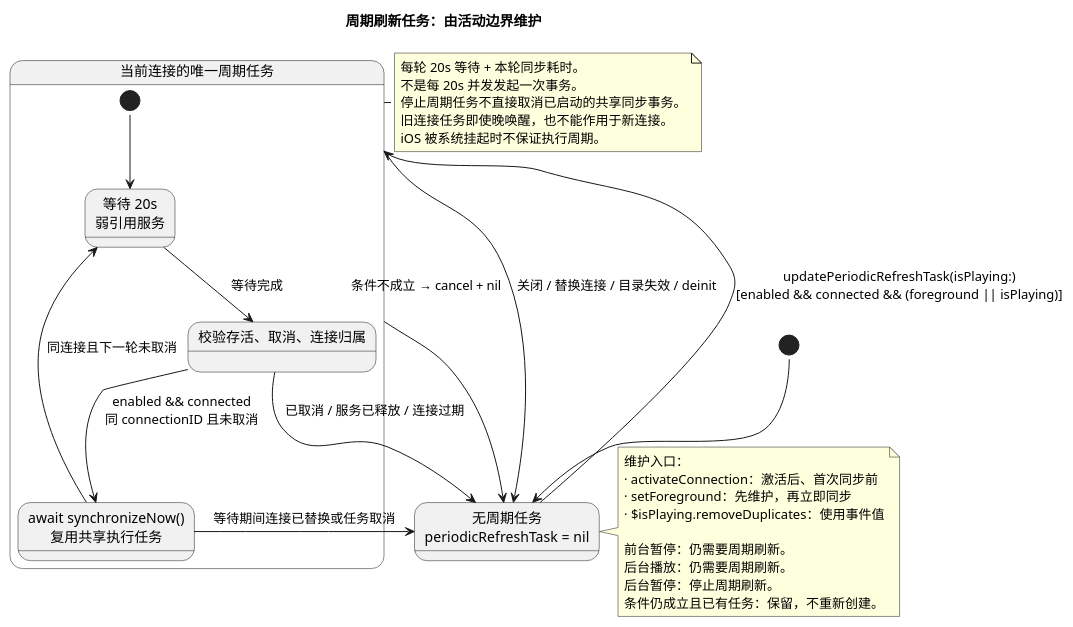
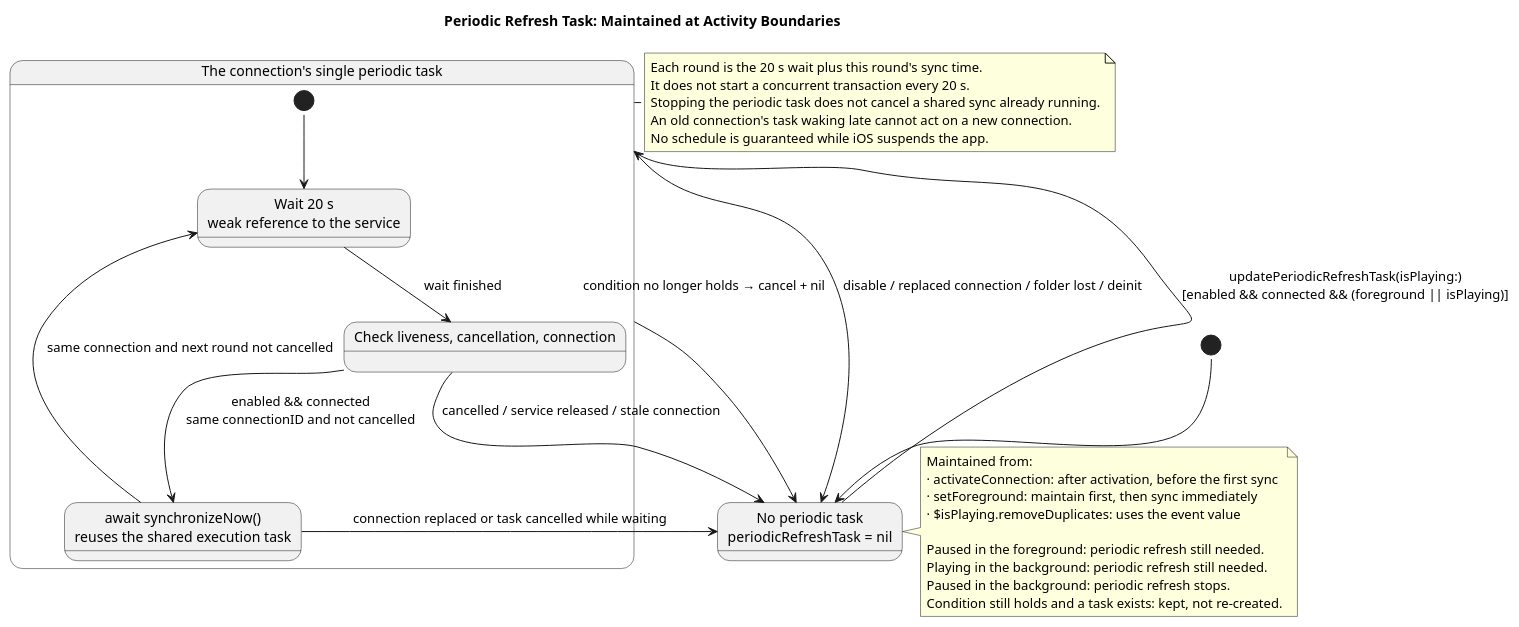
One commit to Aut-B/kumone changed the diagram in docs/icloud-sync/periodic-refresh.puml. Above: the diagram before and after it, drawn with PlantUML. The commit also changed 15 other files, not shown here.

Commit message:
docs(sync): translate sync diagrams to English

```diff
--- a/docs/icloud-sync/periodic-refresh.puml
+++ b/docs/icloud-sync/periodic-refresh.puml
@@ -1,43 +1,43 @@
 @startuml periodic-refresh
 !pragma layout smetana
-skinparam defaultFontName PingFang SC
+skinparam defaultFontName Helvetica
 skinparam shadowing false
-title 周期刷新任务：由活动边界维护
+title Periodic Refresh Task: Maintained at Activity Boundaries
 
-state "无周期任务\nperiodicRefreshTask = nil" as Stopped
-state "当前连接的唯一周期任务" as Active {
-  state "等待 20s\n弱引用服务" as Sleeping
-  state "校验存活、取消、连接归属" as Check
-  state "await synchronizeNow()\n复用共享执行任务" as Syncing
+state "No periodic task\nperiodicRefreshTask = nil" as Stopped
+state "The connection's single periodic task" as Active {
+  state "Wait 20 s\nweak reference to the service" as Sleeping
+  state "Check liveness, cancellation, connection" as Check
+  state "await synchronizeNow()\nreuses the shared execution task" as Syncing
   [*] --> Sleeping
-  Sleeping --> Check : 等待完成
-  Check --> Syncing : enabled && connected\n同 connectionID 且未取消
-  Syncing --> Sleeping : 同连接且下一轮未取消
+  Sleeping --> Check : wait finished
+  Check --> Syncing : enabled && connected\nsame connectionID and not cancelled
+  Syncing --> Sleeping : same connection and next round not cancelled
 }
 
 [*] --> Stopped
 Stopped --> Active : updatePeriodicRefreshTask(isPlaying:)\n[enabled && connected && (foreground || isPlaying)]
-Active --> Stopped : 条件不成立 → cancel + nil
-Active --> Stopped : 关闭 / 替换连接 / 目录失效 / deinit
-Check --> Stopped : 已取消 / 服务已释放 / 连接过期
-Syncing --> Stopped : 等待期间连接已替换或任务取消
+Active --> Stopped : condition no longer holds → cancel + nil
+Active --> Stopped : disable / replaced connection / folder lost / deinit
+Check --> Stopped : cancelled / service released / stale connection
+Syncing --> Stopped : connection replaced or task cancelled while waiting
 
 note right of Stopped
-  维护入口：
-  · activateConnection：激活后、首次同步前
-  · setForeground：先维护，再立即同步
-  · $isPlaying.removeDuplicates：使用事件值
+  Maintained from:
+  · activateConnection: after activation, before the first sync
+  · setForeground: maintain first, then sync immediately
+  · $isPlaying.removeDuplicates: uses the event value
 
-  前台暂停：仍需要周期刷新。
-  后台播放：仍需要周期刷新。
-  后台暂停：停止周期刷新。
-  条件仍成立且已有任务：保留，不重新创建。
+  Paused in the foreground: periodic refresh still needed.
+  Playing in the background: periodic refresh still needed.
+  Paused in the background: periodic refresh stops.
+  Condition still holds and a task exists: kept, not re-created.
 end note
 note right of Active
-  每轮 20s 等待 + 本轮同步耗时。
-  不是每 20s 并发发起一次事务。
-  停止周期任务不直接取消已启动的共享同步事务。
-  旧连接任务即使晚唤醒，也不能作用于新连接。
-  iOS 被系统挂起时不保证执行周期。
+  Each round is the 20 s wait plus this round's sync time.
+  It does not start a concurrent transaction every 20 s.
+  Stopping the periodic task does not cancel a shared sync already running.
+  An old connection's task waking late cannot act on a new connection.
+  No schedule is guaranteed while iOS suspends the app.
 end note
 @enduml
```
